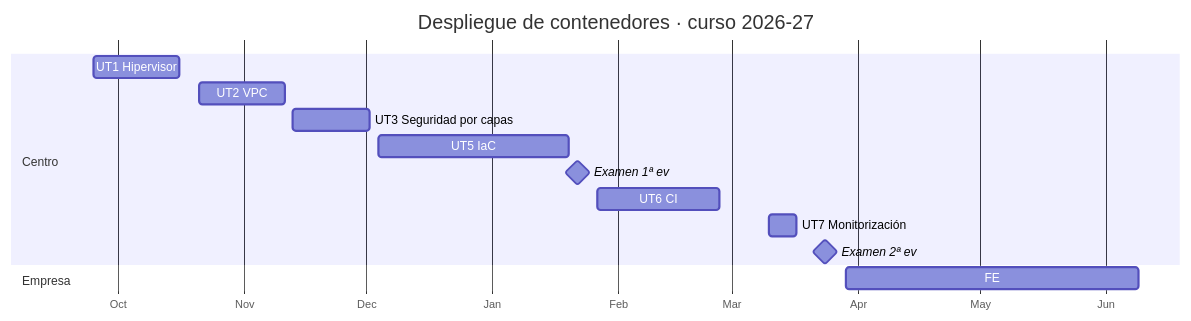
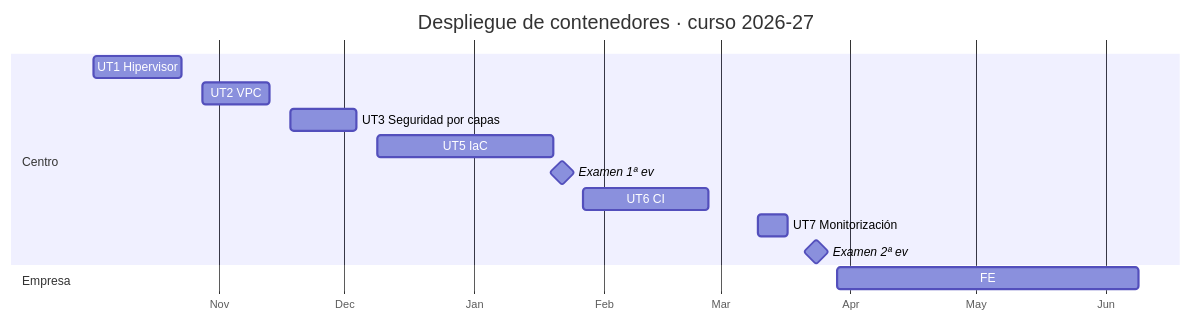
The diagram in docs/calendario.md (victor-educ/apuntes-5166), drawn with Mermaid before and after one commit. The commit also changed other lines of this file and 14 other files, not shown here.

````diff
--- a/docs/calendario.md
+++ b/docs/calendario.md
@@ -78,17 +76,17 @@
 ```mermaid
 gantt
     title Despliegue de contenedores · curso 2026-27
     dateFormat  YYYY-MM-DD
     axisFormat  %b
     section Centro
-    UT1 Hipervisor            :2026-09-25, 2026-10-16
-    UT2 VPC                   :2026-10-21, 2026-11-11
-    UT3 Seguridad por capas   :2026-11-13, 2026-12-02
-    UT5 IaC                   :2026-12-04, 2027-01-20
+    UT1 Hipervisor            :2026-10-02, 2026-10-23
+    UT2 VPC                   :2026-10-28, 2026-11-13
+    UT3 Seguridad por capas   :2026-11-18, 2026-12-04
+    UT5 IaC                   :2026-12-09, 2027-01-20
     Examen 1ª ev              :milestone, 2027-01-22, 0d
     UT6 CI                    :2027-01-27, 2027-02-26
     UT7 Monitorización        :2027-03-10, 2027-03-17
     Examen 2ª ev              :milestone, 2027-03-24, 0d
     section Empresa
     FE                        :2027-03-29, 2027-06-09
 ```
````
